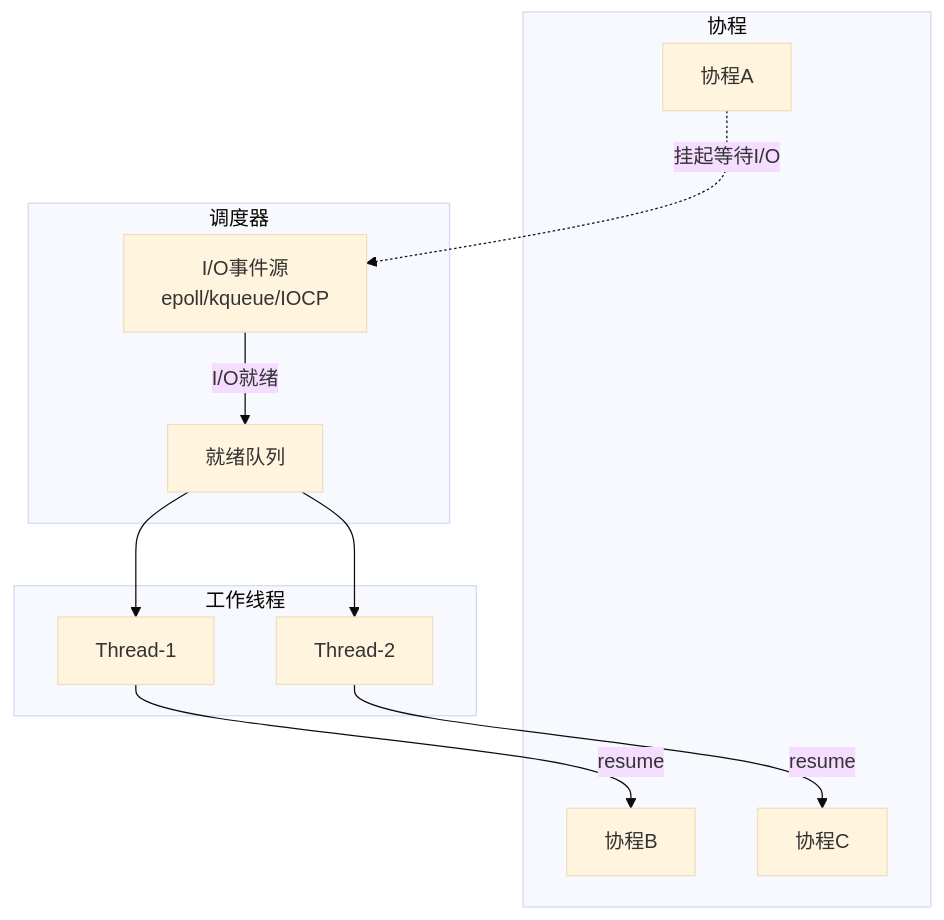
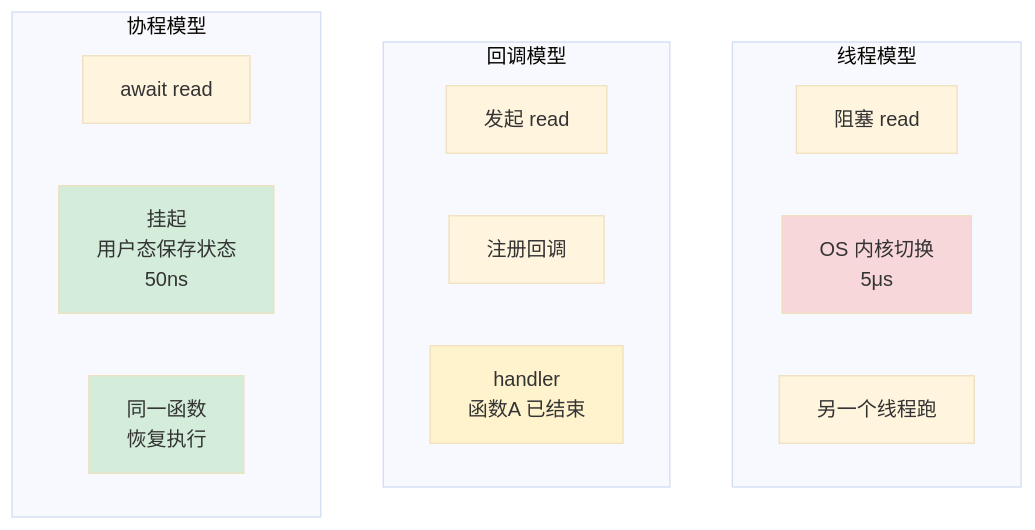
Before and after one commit to chongyang211/YCBookBlog: the fifth of 8 diagrams in 00.通用技术的提升/02.程序编程原理/03.第3卷并发之道/3.13.协程核心设计思想.md, drawn with Mermaid (base theme). The commit also changed other lines of this file and 45 other files, not shown here.

````diff
--- a/00.通用技术的提升/02.程序编程原理/03.第3卷并发之道/3.13.协程核心设计思想.md
+++ b/00.通用技术的提升/02.程序编程原理/03.第3卷并发之道/3.13.协程核心设计思想.md
@@ -435,22 +399,25 @@
 ```mermaid
 flowchart TB
-    subgraph COR[协程]
-        C1[协程A]
-        C2[协程B]
-        C3[协程C]
+    subgraph THREAD["线程模型"]
+        T1[阻塞 read]
+        T2[OS 内核切换<br/>5μs]
+        T3[另一个线程跑]
     end
-    subgraph SCH[调度器]
-        Q[就绪队列]
-        L[I/O事件源<br/>epoll/kqueue/IOCP]
+    
+    subgraph CALLBACK["回调模型"]
+        CB1[发起 read]
+        CB2[注册回调]
+        CB3[handler<br/>函数A 已结束]
     end
-    subgraph THR[工作线程]
-        T1[Thread-1]
-        T2[Thread-2]
+    
+    subgraph CORO["协程模型"]
+        CR1[await read]
+        CR2[挂起<br/>用户态保存状态<br/>50ns]
+        CR3[同一函数<br/>恢复执行]
     end
-    C1 -.->|挂起等待I/O| L
-    L -->|I/O就绪| Q
-    Q --> T1
-    Q --> T2
-    T1 -->|resume| C2
-    T2 -->|resume| C3
+    
+    style T2 fill:#f8d7da
+    style CB3 fill:#fff3cd
+    style CR2 fill:#d4edda
+    style CR3 fill:#d4edda
 ```
````
